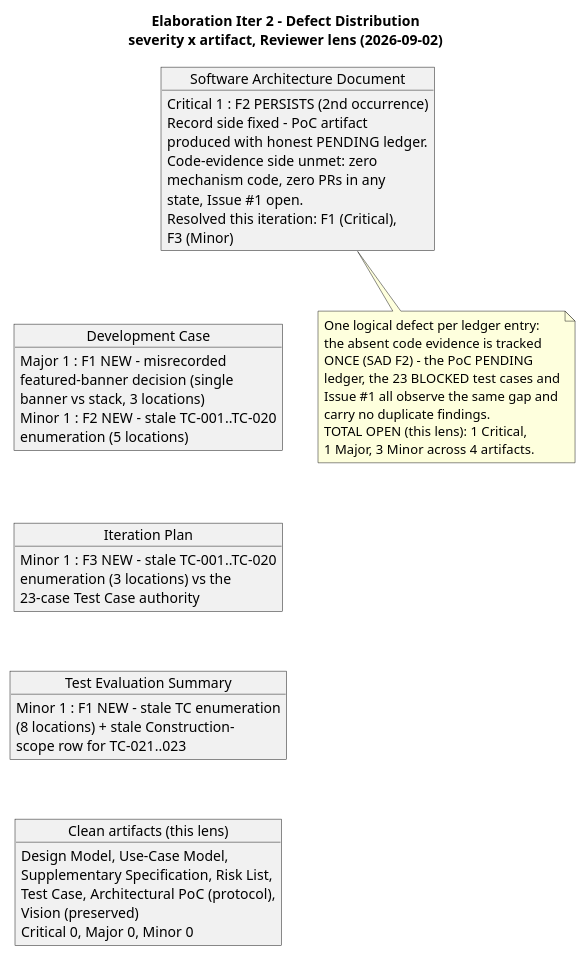
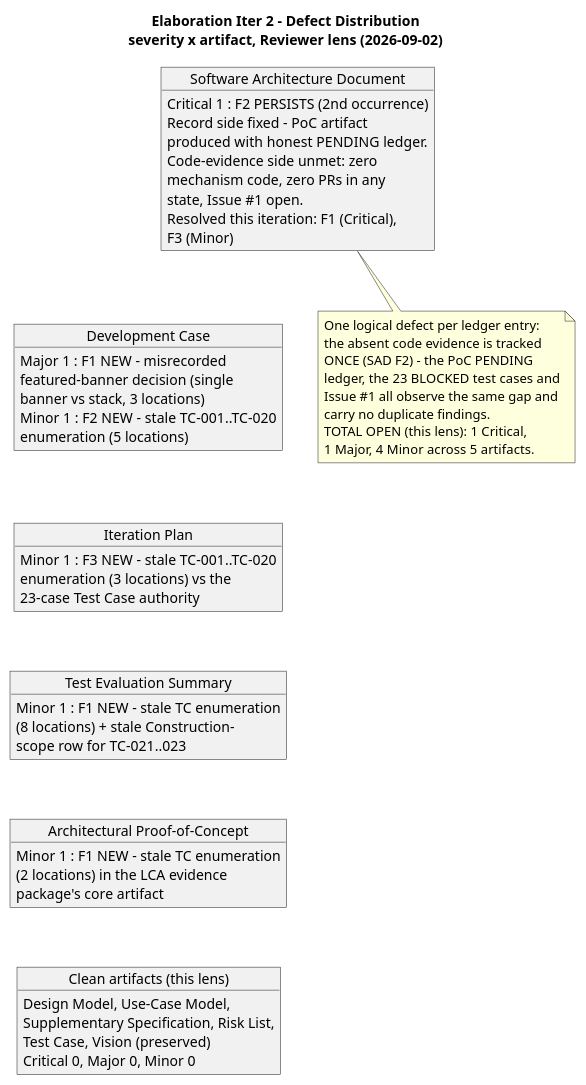
Before and after one commit to banense-test/employee-portal: diagram 14 of 19 in docs/artifacts/project-management/review-record.md, drawn with PlantUML. The commit also changed other lines of this file, not shown here.

Commit message:
Reviewer [E2]: upsert Review Record
[skip ci]

````diff
--- a/docs/artifacts/project-management/review-record.md
+++ b/docs/artifacts/project-management/review-record.md
@@ -949,55 +951,60 @@
 ```plantuml
 @startuml
 title Elaboration Iter 2 - Defect Distribution\nseverity x artifact, Reviewer lens (2026-09-02)
 
 object "Software Architecture Document" as D1 {
   Critical 1 : F2 PERSISTS (2nd occurrence)
   Record side fixed - PoC artifact
   produced with honest PENDING ledger.
   Code-evidence side unmet: zero
   mechanism code, zero PRs in any
   state, Issue #1 open.
   Resolved this iteration: F1 (Critical),
   F3 (Minor)
 }
 object "Development Case" as D2 {
   Major 1 : F1 NEW - misrecorded
   featured-banner decision (single
   banner vs stack, 3 locations)
   Minor 1 : F2 NEW - stale TC-001..TC-020
   enumeration (5 locations)
 }
 object "Iteration Plan" as D3 {
   Minor 1 : F3 NEW - stale TC-001..TC-020
   enumeration (3 locations) vs the
   23-case Test Case authority
 }
 object "Test Evaluation Summary" as D4 {
   Minor 1 : F1 NEW - stale TC enumeration
   (8 locations) + stale Construction-
   scope row for TC-021..023
 }
-object "Clean artifacts (this lens)" as D5 {
+object "Architectural Proof-of-Concept" as D5 {
+  Minor 1 : F1 NEW - stale TC enumeration
+  (2 locations) in the LCA evidence
+  package's core artifact
+}
+object "Clean artifacts (this lens)" as D6 {
   Design Model, Use-Case Model,
   Supplementary Specification, Risk List,
-  Test Case, Architectural PoC (protocol),
-  Vision (preserved)
+  Test Case, Vision (preserved)
   Critical 0, Major 0, Minor 0
 }
 D1 -[hidden]-> D2
 D2 -[hidden]-> D3
 D3 -[hidden]-> D4
 D4 -[hidden]-> D5
+D5 -[hidden]-> D6
 
 note bottom of D1
   One logical defect per ledger entry:
   the absent code evidence is tracked
   ONCE (SAD F2) - the PoC PENDING
   ledger, the 23 BLOCKED test cases and
   Issue #1 all observe the same gap and
   carry no duplicate findings.
   TOTAL OPEN (this lens): 1 Critical,
-  1 Major, 3 Minor across 4 artifacts.
+  1 Major, 4 Minor across 5 artifacts.
 end note
 @enduml
 ```
````
